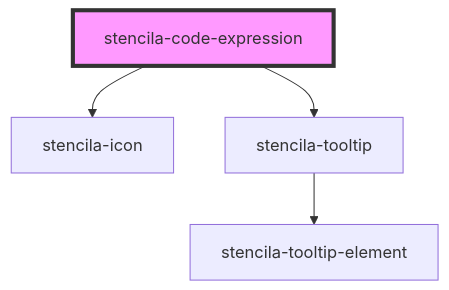
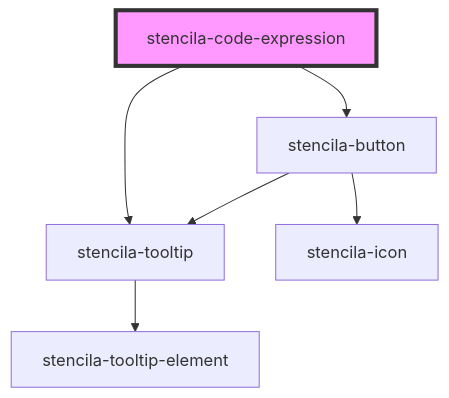
Before and after one commit to stencila/designa: the diagram in packages/components/src/components/codeExpression/readme.md, drawn with Mermaid. The commit also changed other lines of this file and 9 other files, not shown here.

Commit message:
fix(Code): Standardize CodeChunk and CodeExpression component buttons

````diff
--- a/packages/components/src/components/codeExpression/readme.md
+++ b/packages/components/src/components/codeExpression/readme.md
@@ -43,7 +43,9 @@
 ```mermaid
 graph TD;
-  stencila-code-expression --> stencila-icon
+  stencila-code-expression --> stencila-button
   stencila-code-expression --> stencila-tooltip
+  stencila-button --> stencila-icon
+  stencila-button --> stencila-tooltip
   stencila-tooltip --> stencila-tooltip-element
   style stencila-code-expression fill:#f9f,stroke:#333,stroke-width:4px
 ```
````
